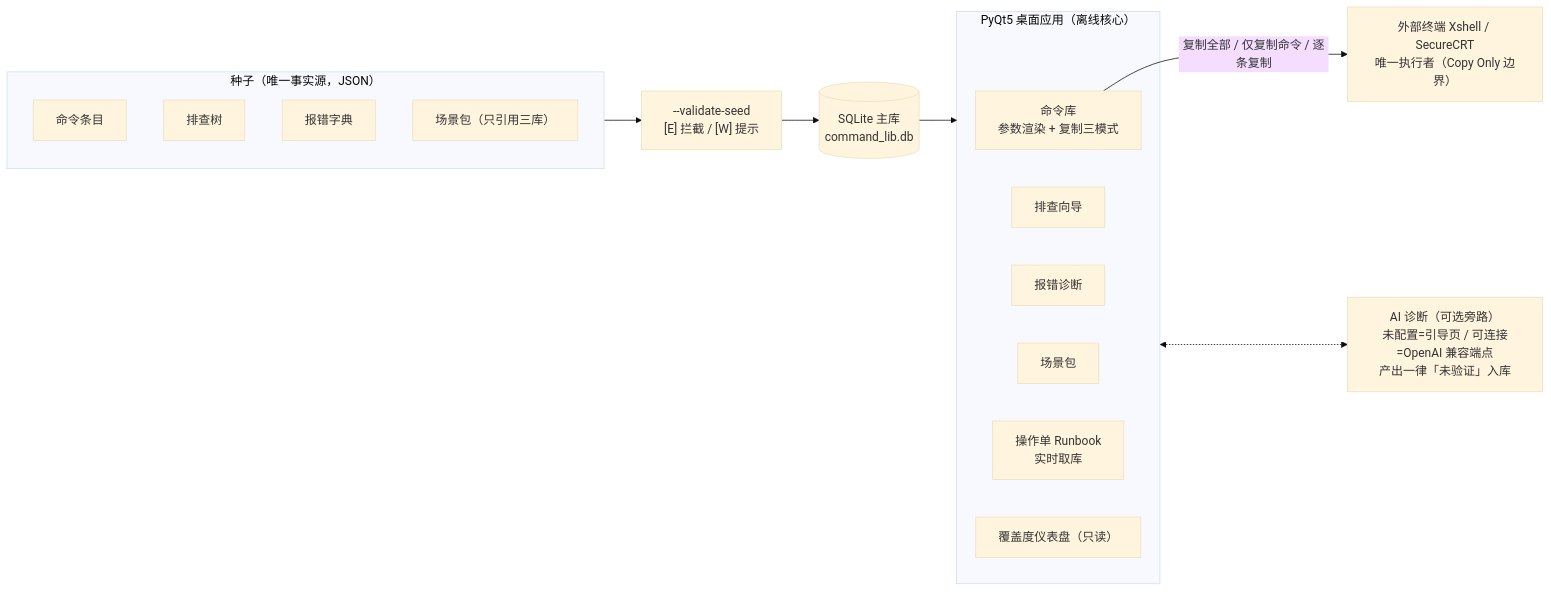
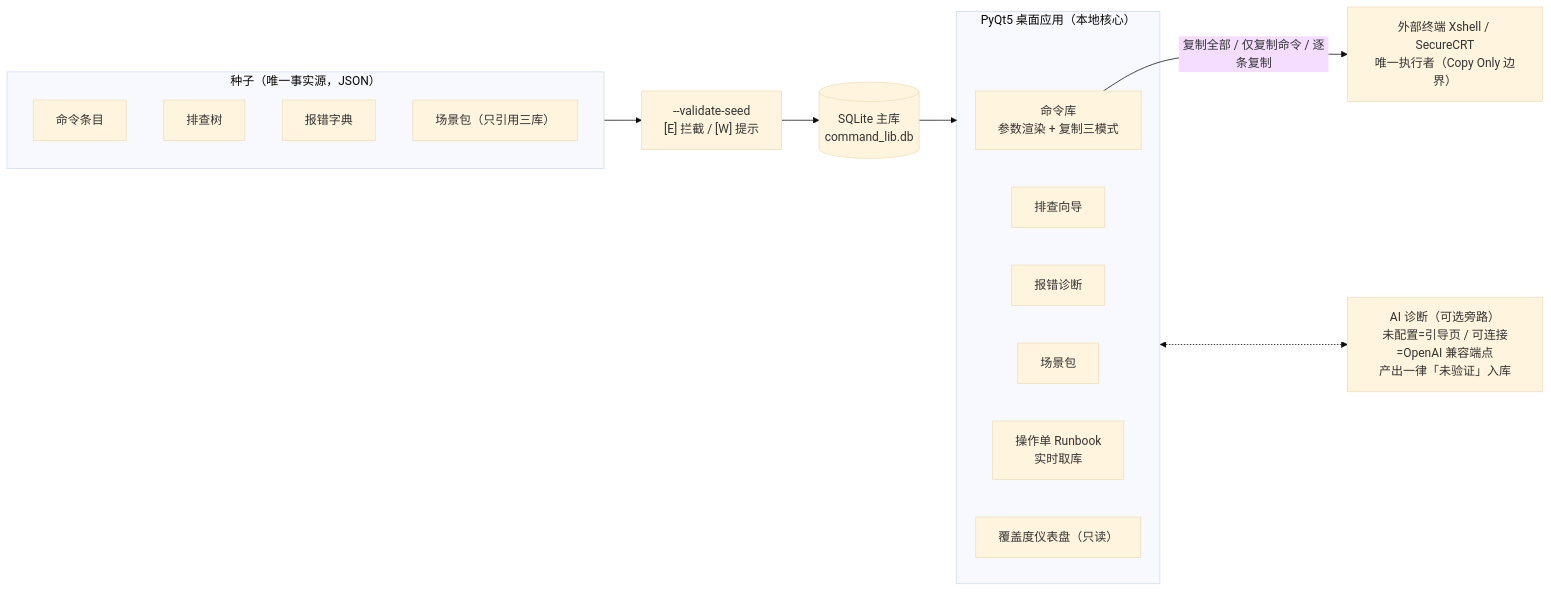
One commit to 4caf1-xy/NetToolBox changed the diagram in README.md. Above: the diagram before and after it, drawn with Mermaid (base theme). The commit also changed other lines of this file and 7 other files, not shown here.

````diff
--- a/README.md
+++ b/README.md
@@ -115,25 +115,25 @@
 ```mermaid
 flowchart LR
     subgraph seed["种子（唯一事实源，JSON）"]
         E["命令条目"]
         T["排查树"]
         R["报错字典"]
         P["场景包（只引用三库）"]
     end
     V["--validate-seed<br/>[E] 拦截 / [W] 提示"]
     DB[("SQLite 主库<br/>command_lib.db")]
-    subgraph UI["PyQt5 桌面应用（离线核心）"]
+    subgraph UI["PyQt5 桌面应用（本地核心）"]
         LIB["命令库<br/>参数渲染 + 复制三模式"]
         TS["排查向导"]
         EF["报错诊断"]
         SC["场景包"]
         RB["操作单 Runbook<br/>实时取库"]
         DASH["覆盖度仪表盘（只读）"]
     end
     AI["AI 诊断（可选旁路）<br/>未配置=引导页 / 可连接=OpenAI 兼容端点<br/>产出一律「未验证」入库"]
     TERM["外部终端 Xshell / SecureCRT<br/>唯一执行者（Copy Only 边界）"]
 
     seed --> V --> DB --> UI
     UI <-.-> AI
     LIB -->|"复制全部 / 仅复制命令 / 逐条复制"| TERM
 ```
````
